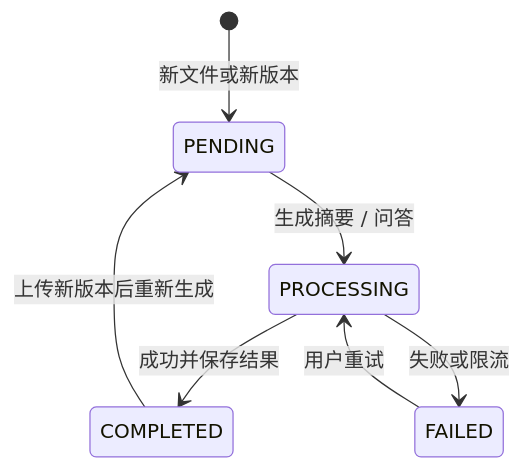
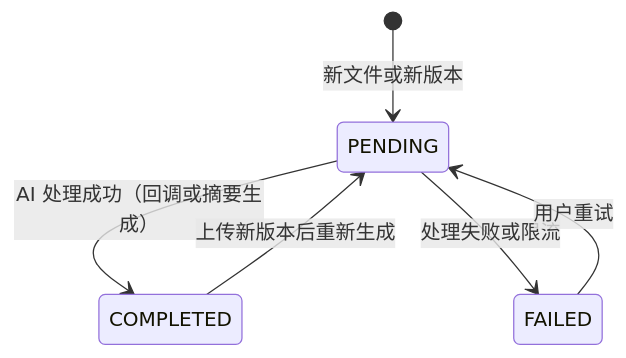
The fourth of 5 diagrams in docs/flow-diagrams.md (YL-snow/NebulaMind), drawn with Mermaid before and after one commit. The commit also changed other lines of this file and 15 other files, not shown here.

````diff
--- a/docs/flow-diagrams.md
+++ b/docs/flow-diagrams.md
@@ -68,9 +67,8 @@
 ```mermaid
 stateDiagram-v2
     [*] --> PENDING: 新文件或新版本
-    PENDING --> PROCESSING: 生成摘要 / 问答
-    PROCESSING --> COMPLETED: 成功并保存结果
-    PROCESSING --> FAILED: 失败或限流
+    PENDING --> COMPLETED: AI 处理成功（回调或摘要生成）
+    PENDING --> FAILED: 处理失败或限流
     COMPLETED --> PENDING: 上传新版本后重新生成
-    FAILED --> PROCESSING: 用户重试
+    FAILED --> PENDING: 用户重试
 ```
````
